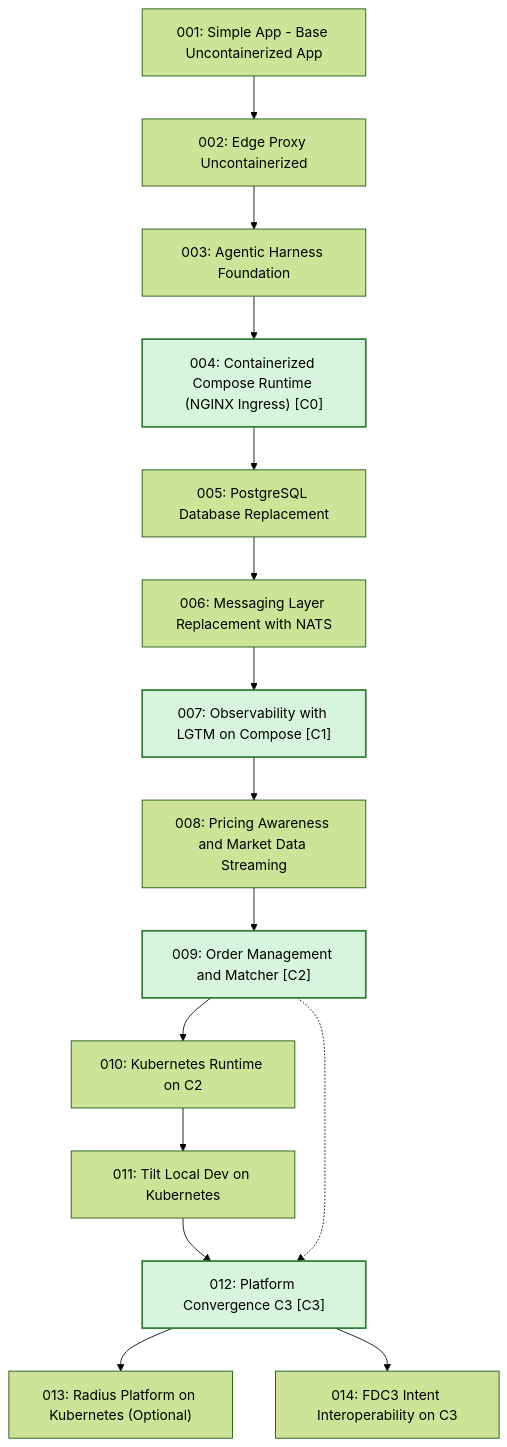
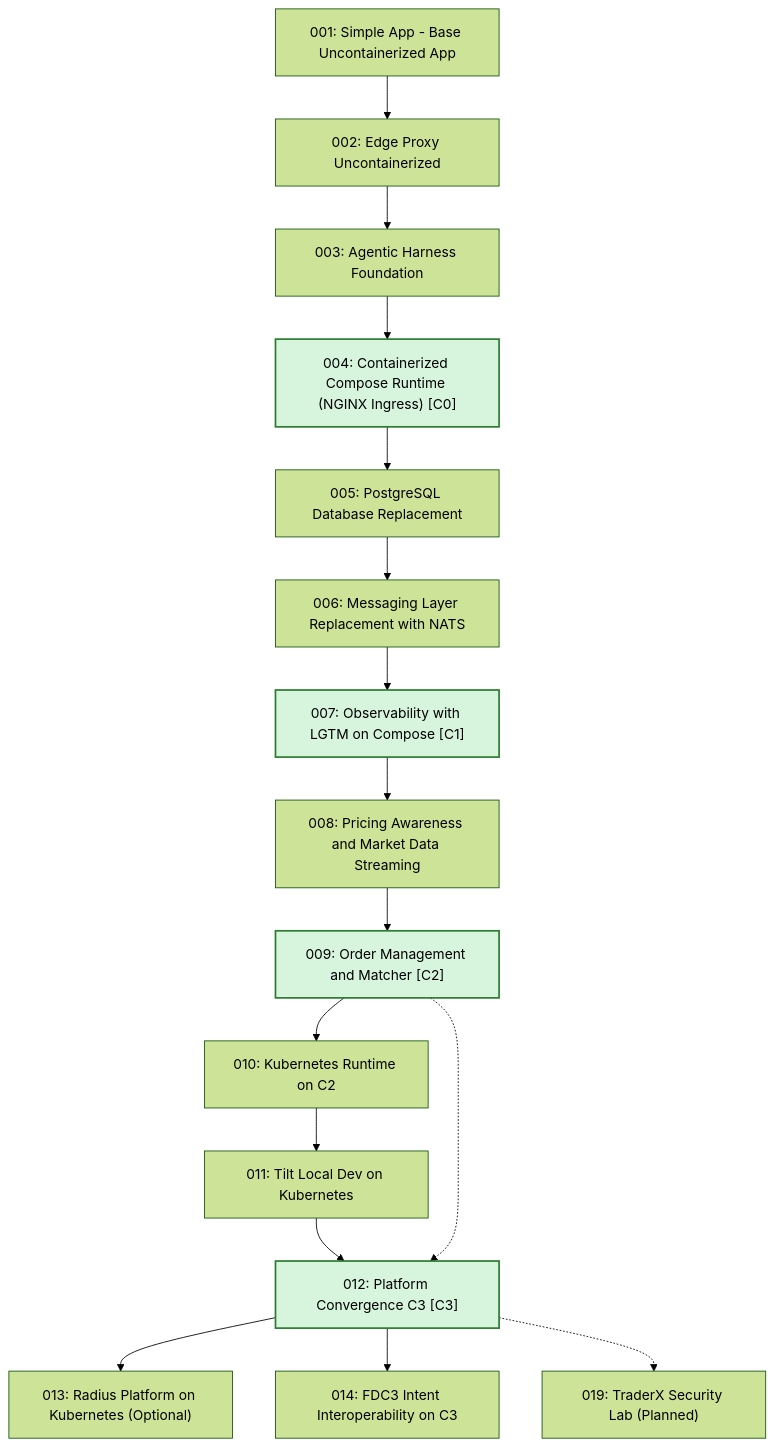
One commit to finos/traderX changed the second of 3 diagrams in docs/learning-paths/index.md. Above: the diagram before and after it, drawn with Mermaid (forest theme). The commit also changed other lines of this file and 30 other files, not shown here.

Commit message:
docs(security-lab): register planned state 019 and preview learning journey

````diff
--- a/docs/learning-paths/index.md
+++ b/docs/learning-paths/index.md
@@ -40,50 +40,53 @@
 ```mermaid
 flowchart TB
   S001_baseline_uncontainerized_parity["001: Simple App - Base Uncontainerized App"]
   S002_edge_proxy_uncontainerized["002: Edge Proxy Uncontainerized"]
   S003_agentic_harness_foundation["003: Agentic Harness Foundation"]
   S004_containerized_compose_runtime["004: Containerized Compose Runtime (NGINX Ingress) [C0]"]
   S005_postgres_database_replacement["005: PostgreSQL Database Replacement"]
   S006_messaging_nats_replacement["006: Messaging Layer Replacement with NATS"]
   S007_observability_lgtm_compose["007: Observability with LGTM on Compose [C1]"]
   S008_pricing_awareness_market_data["008: Pricing Awareness and Market Data Streaming"]
   S009_order_management_matcher["009: Order Management and Matcher [C2]"]
   S010_kubernetes_runtime["010: Kubernetes Runtime on C2"]
   S011_tilt_kubernetes_dev_loop["011: Tilt Local Dev on Kubernetes"]
   S012_platform_convergence_c3["012: Platform Convergence C3 [C3]"]
   S013_radius_kubernetes_platform["013: Radius Platform on Kubernetes (Optional)"]
   S014_fdc3_intent_interoperability["014: FDC3 Intent Interoperability on C3"]
+  S019_traderx_security_lab["019: TraderX Security Lab (Planned)"]
   S001_baseline_uncontainerized_parity --> S002_edge_proxy_uncontainerized
   S002_edge_proxy_uncontainerized --> S003_agentic_harness_foundation
   S003_agentic_harness_foundation --> S004_containerized_compose_runtime
   S004_containerized_compose_runtime --> S005_postgres_database_replacement
   S005_postgres_database_replacement --> S006_messaging_nats_replacement
   S006_messaging_nats_replacement --> S007_observability_lgtm_compose
   S007_observability_lgtm_compose --> S008_pricing_awareness_market_data
   S008_pricing_awareness_market_data --> S009_order_management_matcher
   S009_order_management_matcher --> S010_kubernetes_runtime
   S010_kubernetes_runtime --> S011_tilt_kubernetes_dev_loop
   S011_tilt_kubernetes_dev_loop --> S012_platform_convergence_c3
   S012_platform_convergence_c3 --> S013_radius_kubernetes_platform
   S012_platform_convergence_c3 --> S014_fdc3_intent_interoperability
+  S012_platform_convergence_c3 -.-> S019_traderx_security_lab
   S009_order_management_matcher -.-> S012_platform_convergence_c3
   click S001_baseline_uncontainerized_parity href "/docs/learning/state-001-baseline-uncontainerized-parity" "Open State 001 Learning Guide"
   click S002_edge_proxy_uncontainerized href "/docs/learning/state-002-edge-proxy-uncontainerized" "Open State 002 Learning Guide"
   click S003_agentic_harness_foundation href "/docs/learning/state-003-agentic-harness-foundation" "Open State 003 Learning Guide"
   click S004_containerized_compose_runtime href "/docs/learning/state-004-containerized-compose-runtime" "Open State 004 Learning Guide"
   click S005_postgres_database_replacement href "/docs/learning/state-005-postgres-database-replacement" "Open State 005 Learning Guide"
   click S006_messaging_nats_replacement href "/docs/learning/state-006-messaging-nats-replacement" "Open State 006 Learning Guide"
   click S007_observability_lgtm_compose href "/docs/learning/state-007-observability-lgtm-compose" "Open State 007 Learning Guide"
   click S008_pricing_awareness_market_data href "/docs/learning/state-008-pricing-awareness-market-data" "Open State 008 Learning Guide"
   click S009_order_management_matcher href "/docs/learning/state-009-order-management-matcher" "Open State 009 Learning Guide"
   click S010_kubernetes_runtime href "/docs/learning/state-010-kubernetes-runtime" "Open State 010 Learning Guide"
   click S011_tilt_kubernetes_dev_loop href "/docs/learning/state-011-tilt-kubernetes-dev-loop" "Open State 011 Learning Guide"
   click S012_platform_convergence_c3 href "/docs/learning/state-012-platform-convergence-c3" "Open State 012 Learning Guide"
   click S013_radius_kubernetes_platform href "/docs/learning/state-013-radius-kubernetes-platform" "Open State 013 Learning Guide"
   click S014_fdc3_intent_interoperability href "/docs/learning/state-014-fdc3-intent-interoperability" "Open State 014 Learning Guide"
+  click S019_traderx_security_lab href "/docs/learning/state-019-traderx-security-lab" "Open State 019 Learning Guide"
   classDef convergence fill:#d7f5dd,stroke:#2e7d32,stroke-width:2px
   class S004_containerized_compose_runtime convergence
   class S007_observability_lgtm_compose convergence
   class S009_order_management_matcher convergence
   class S012_platform_convergence_c3 convergence
 ```
````
